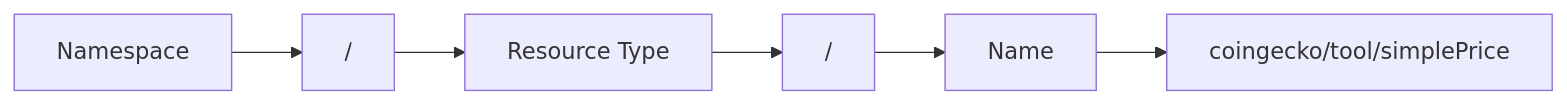
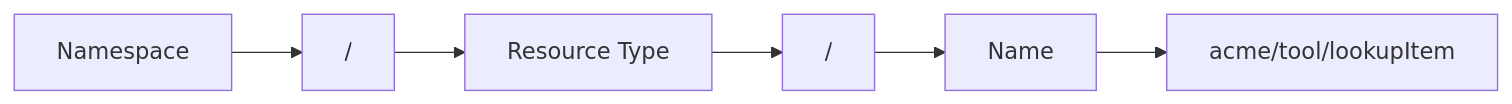
One commit to FlowMCP/flowmcp-spec changed the first of 2 diagrams in generated/docs-payload/16-id-schema.md. Above: the diagram before and after it, drawn with Mermaid. The commit also changed other lines of this file and 104 other files, not shown here.

````diff
--- a/generated/docs-payload/16-id-schema.md
+++ b/generated/docs-payload/16-id-schema.md
@@ -31,8 +19,8 @@
 ```mermaid
 flowchart LR
     A[Namespace] --> B["/"]
     B --> C[Resource Type]
     C --> D["/"]
     D --> E[Name]
-    E --> F["coingecko/tool/simplePrice"]
+    E --> F["acme/tool/lookupItem"]
 ```
````
